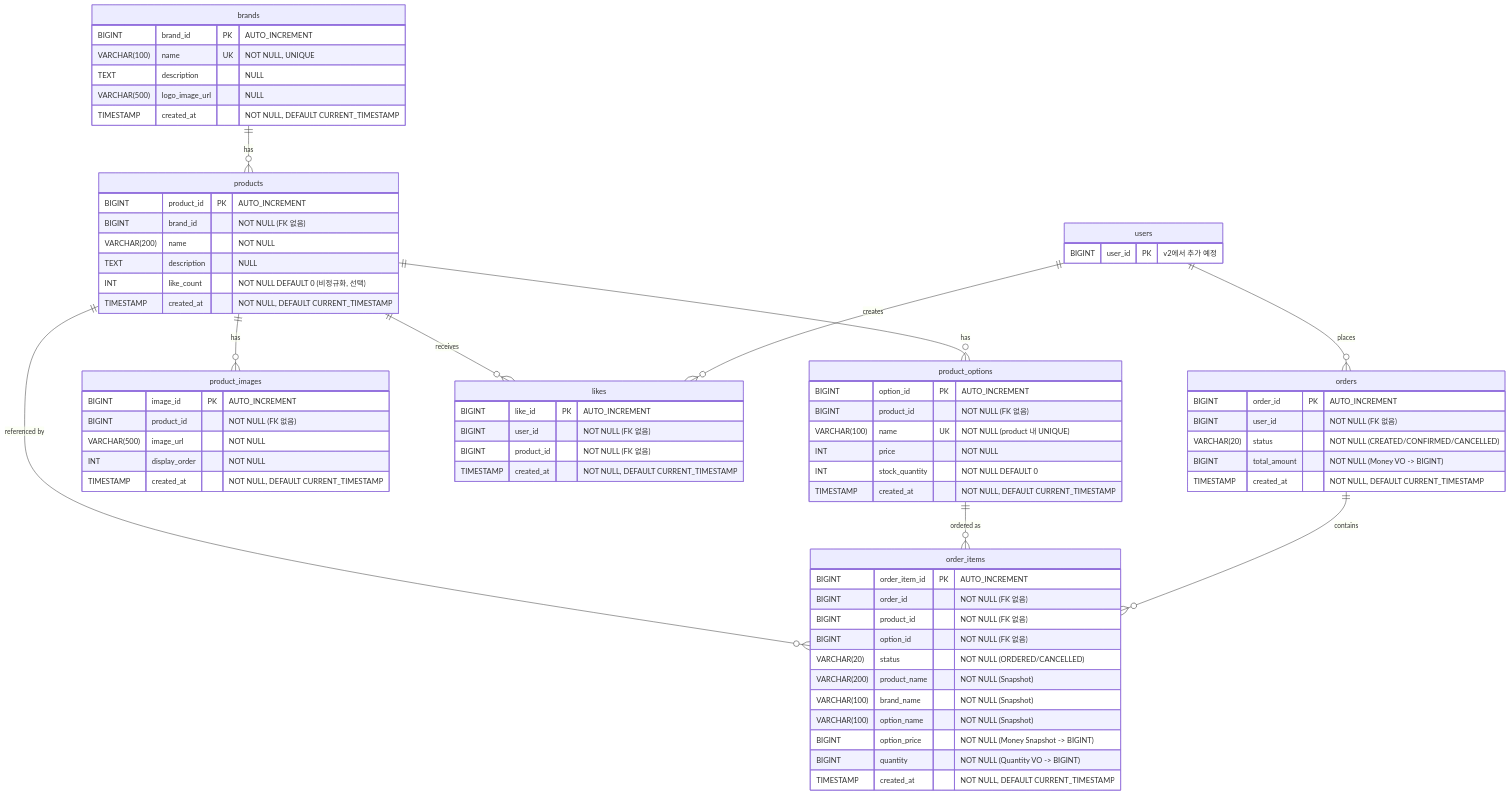
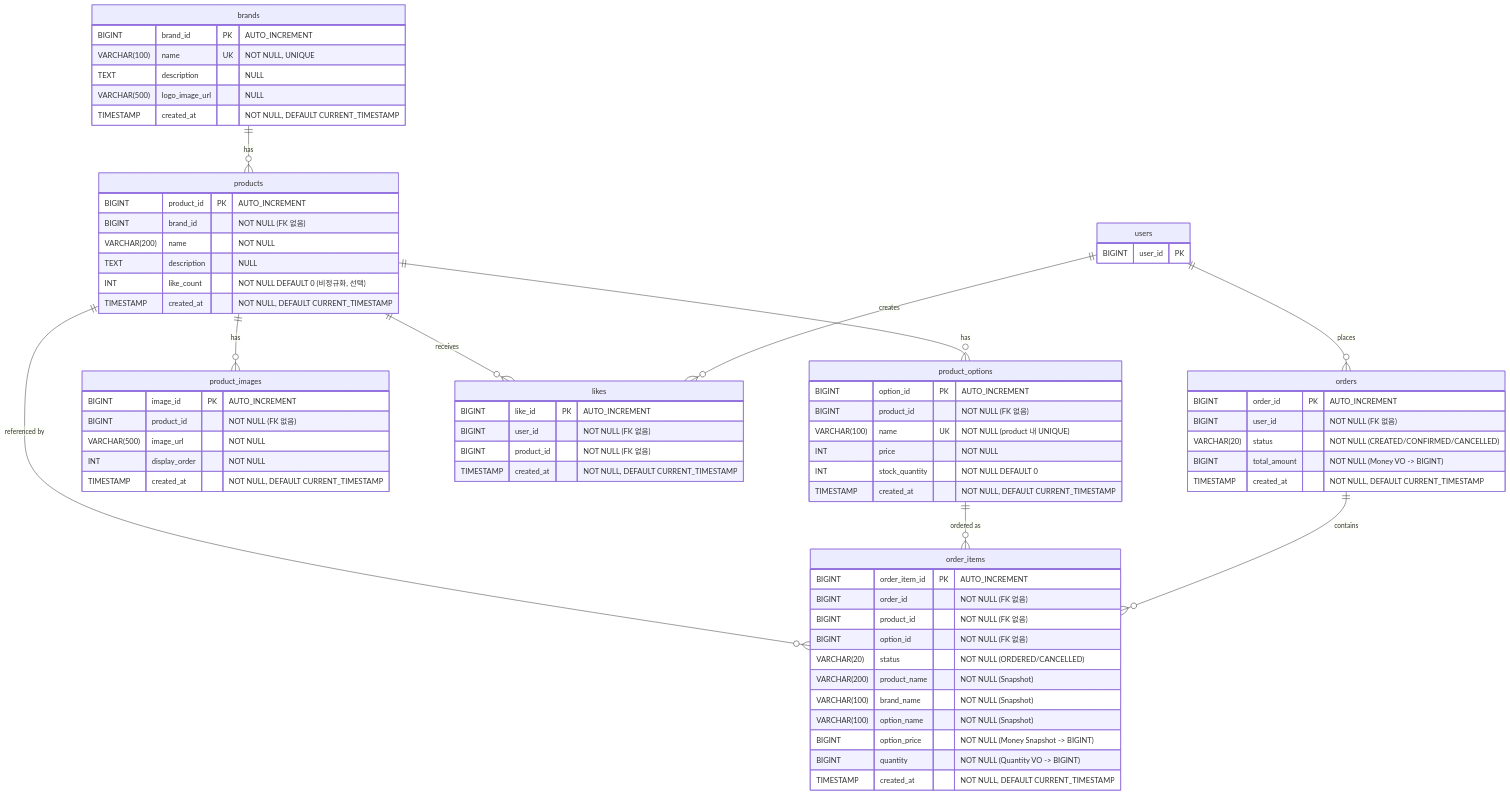
Before and after one commit to katiekim17/loop-pack-be-l2-vol3-java: the diagram in docs/design/04-erd.md, drawn with Mermaid. The commit also changed 43 other files, not shown here.

````diff
--- a/docs/design/04-erd.md
+++ b/docs/design/04-erd.md
@@ -2,81 +2,81 @@
 ```mermaid
 erDiagram
 brands ||--o{ products : "has"
 products ||--o{ product_options : "has"
 products ||--o{ product_images : "has"
 products ||--o{ likes : "receives"
 products ||--o{ order_items : "referenced by"
 product_options ||--o{ order_items : "ordered as"
 orders ||--o{ order_items : "contains"
 users ||--o{ likes : "creates"
 users ||--o{ orders : "places"
 
     brands {
         BIGINT brand_id PK "AUTO_INCREMENT"
         VARCHAR(100) name UK "NOT NULL, UNIQUE"
         TEXT description "NULL"
         VARCHAR(500) logo_image_url "NULL"
         TIMESTAMP created_at "NOT NULL, DEFAULT CURRENT_TIMESTAMP"
     }
 
     products {
         BIGINT product_id PK "AUTO_INCREMENT"
         BIGINT brand_id "NOT NULL (FK 없음)"
         VARCHAR(200) name "NOT NULL"
         TEXT description "NULL"
         INT like_count "NOT NULL DEFAULT 0 (비정규화, 선택)"
         TIMESTAMP created_at "NOT NULL, DEFAULT CURRENT_TIMESTAMP"
     }
 
     product_options {
         BIGINT option_id PK "AUTO_INCREMENT"
         BIGINT product_id "NOT NULL (FK 없음)"
         VARCHAR(100) name UK "NOT NULL (product 내 UNIQUE)"
         INT price "NOT NULL"
         INT stock_quantity "NOT NULL DEFAULT 0"
         TIMESTAMP created_at "NOT NULL, DEFAULT CURRENT_TIMESTAMP"
     }
 
     product_images {
         BIGINT image_id PK "AUTO_INCREMENT"
         BIGINT product_id "NOT NULL (FK 없음)"
         VARCHAR(500) image_url "NOT NULL"
         INT display_order "NOT NULL"
         TIMESTAMP created_at "NOT NULL, DEFAULT CURRENT_TIMESTAMP"
     }
 
     likes {
         BIGINT like_id PK "AUTO_INCREMENT"
         BIGINT user_id "NOT NULL (FK 없음)"
         BIGINT product_id "NOT NULL (FK 없음)"
         TIMESTAMP created_at "NOT NULL, DEFAULT CURRENT_TIMESTAMP"
     }
 
     orders {
         BIGINT order_id PK "AUTO_INCREMENT"
         BIGINT user_id "NOT NULL (FK 없음)"
         VARCHAR(20) status "NOT NULL (CREATED/CONFIRMED/CANCELLED)"
         BIGINT total_amount "NOT NULL (Money VO -> BIGINT)"
         TIMESTAMP created_at "NOT NULL, DEFAULT CURRENT_TIMESTAMP"
     }
 
     order_items {
         BIGINT order_item_id PK "AUTO_INCREMENT"
         BIGINT order_id "NOT NULL (FK 없음)"
         BIGINT product_id "NOT NULL (FK 없음)"
         BIGINT option_id "NOT NULL (FK 없음)"
         VARCHAR(20) status "NOT NULL (ORDERED/CANCELLED)"
 
         VARCHAR(200) product_name "NOT NULL (Snapshot)"
         VARCHAR(100) brand_name "NOT NULL (Snapshot)"
         VARCHAR(100) option_name "NOT NULL (Snapshot)"
         BIGINT option_price "NOT NULL (Money Snapshot -> BIGINT)"
         BIGINT quantity "NOT NULL (Quantity VO -> BIGINT)"
 
         TIMESTAMP created_at "NOT NULL, DEFAULT CURRENT_TIMESTAMP"
     }
 
     users {
-        BIGINT user_id PK "v2에서 추가 예정"
+        BIGINT user_id PK
     }
 ```
````
